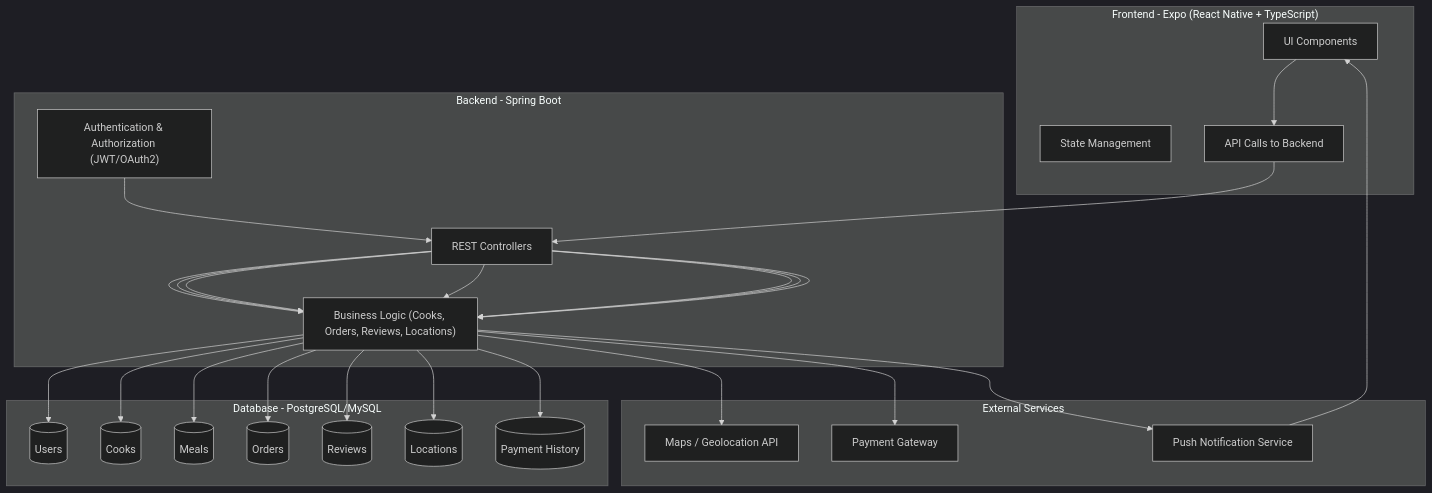
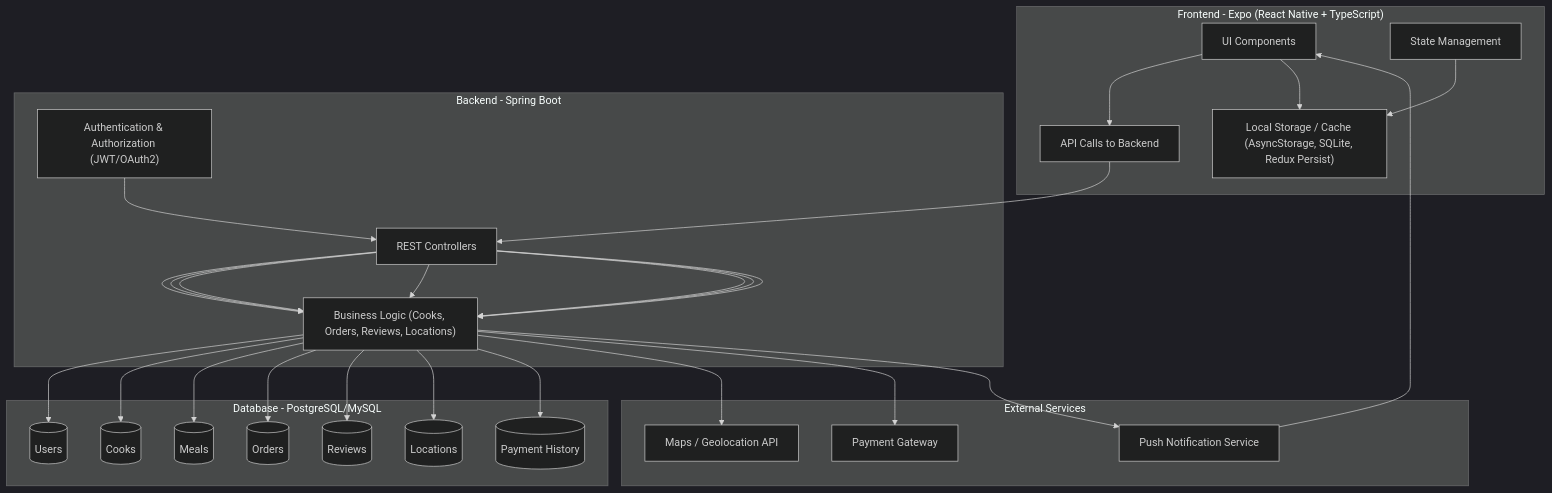
One commit to juliettegodyere/Cook4Me changed the diagram in docs/architecture.md. Above: the diagram before and after it, drawn with Mermaid (dark theme). The commit also changed other lines of this file, not shown here.

Commit message:
setting up the architecture doc

````diff
--- a/docs/architecture.md
+++ b/docs/architecture.md
@@ -47,49 +63,52 @@
 ```mermaid
 flowchart TB
     %% Frontend
     subgraph Frontend["Frontend - Expo (React Native + TypeScript)"]
         UI["UI Components"]
         SM["State Management"]
         API["API Calls to Backend"]
+        Cache["Local Storage / Cache (AsyncStorage, SQLite, Redux Persist)"]
     end
 
     %% Backend
     subgraph Backend["Backend - Spring Boot"]
         AUTH["Authentication & Authorization (JWT/OAuth2)"]
         BL["Business Logic (Cooks, Orders, Reviews, Locations)"]
         REST["REST Controllers"]
     end
 
     %% Database
     subgraph Database["Database - PostgreSQL/MySQL"]
         Users[(Users)]
         Cooks[(Cooks)]
         Meals[(Meals)]
         Orders[(Orders)]
         Reviews[(Reviews)]
         Locations[(Locations)]
         Payments[(Payment History)]
     end
 
     %% External Services
     subgraph External["External Services"]
         Maps["Maps / Geolocation API"]
         PaymentAPI["Payment Gateway"]
         Push["Push Notification Service"]
     end
 
     %% Connections
     UI --> API --> REST
     REST --> BL --> Users
     REST --> BL --> Cooks
     REST --> BL --> Meals
     REST --> BL --> Orders
     REST --> BL --> Reviews
     REST --> BL --> Locations
     REST --> BL --> Payments
     AUTH --> REST
     BL --> Maps
     BL --> PaymentAPI
     BL --> Push
     Push --> UI
+    UI --> Cache
+    SM --> Cache
 ```
````
